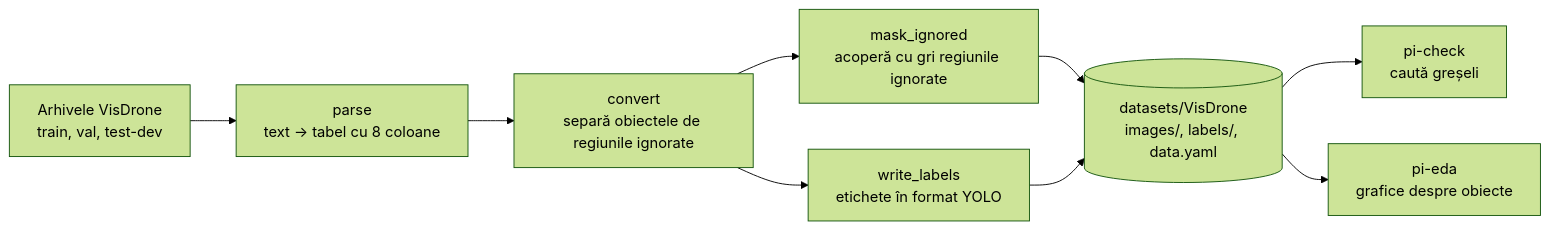
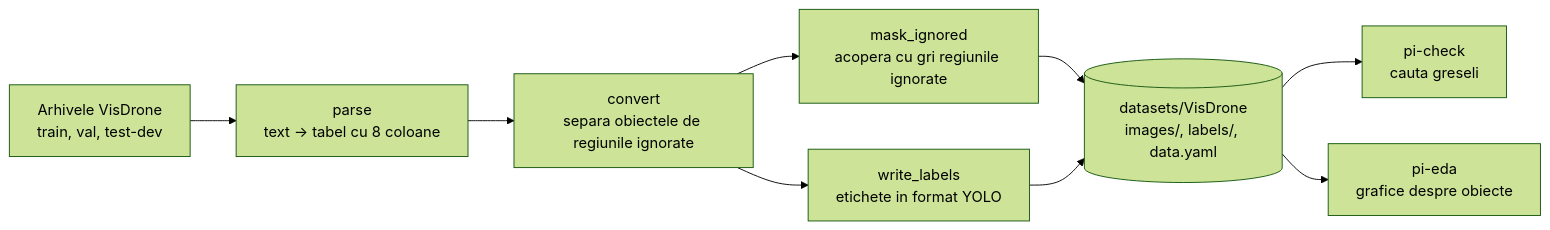
The diagram in docs/pipeline/01-pregatirea-datelor.md (zaha27/pi-p), drawn with Mermaid (forest theme) before and after one commit. The commit also changed other lines of this file and 57 other files, not shown here.

````diff
--- a/docs/pipeline/01-pregatirea-datelor.md
+++ b/docs/pipeline/01-pregatirea-datelor.md
@@ -11,19 +11,19 @@
 ```mermaid
 flowchart LR
     A["Arhivele VisDrone
 train, val, test-dev"] --> B["parse
 text → tabel cu 8 coloane"]
     B --> C["convert
-separă obiectele de regiunile ignorate"]
+separa obiectele de regiunile ignorate"]
     C --> D["mask_ignored
-acoperă cu gri regiunile ignorate"]
+acopera cu gri regiunile ignorate"]
     C --> E["write_labels
-etichete în format YOLO"]
+etichete in format YOLO"]
     D --> F[("datasets/VisDrone
 images/, labels/, data.yaml")]
     E --> F
     F --> G["pi-check
-caută greșeli"]
+cauta greseli"]
     F --> H["pi-eda
 grafice despre obiecte"]
 ```
````
